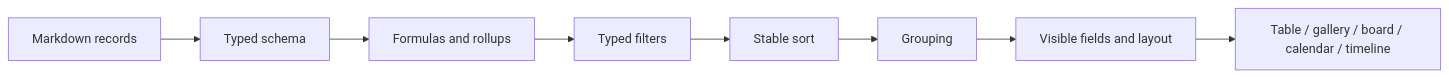
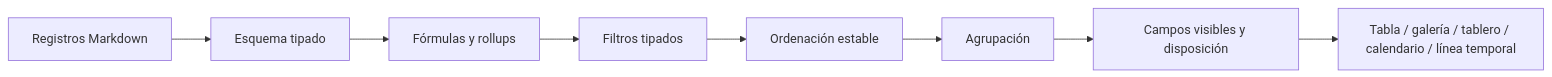
The diagram in docs/engineering-es/domains/database-views-planning.md (ismigar/Gnosi), drawn with Mermaid before and after one commit. The commit also changed 96 other files, not shown here.

````diff
--- a/docs/engineering-es/domains/database-views-planning.md
+++ b/docs/engineering-es/domains/database-views-planning.md
@@ -149,10 +149,10 @@
 ```mermaid
 flowchart LR
-    Pages["Markdown records"] --> Schema["Typed schema"]
-    Schema --> Derived["Formulas and rollups"]
-    Derived --> Filter["Typed filters"]
-    Filter --> Sort["Stable sort"]
-    Sort --> Group["Grouping"]
-    Group --> Projection["Visible fields and layout"]
-    Projection --> Table["Table / gallery / board / calendar / timeline"]
+    Pages["Registros Markdown"] --> Schema["Esquema tipado"]
+    Schema --> Derived["Fórmulas y rollups"]
+    Derived --> Filter["Filtros tipados"]
+    Filter --> Sort["Ordenación estable"]
+    Sort --> Group["Agrupación"]
+    Group --> Projection["Campos visibles y disposición"]
+    Projection --> Table["Tabla / galería / tablero / calendario / línea temporal"]
 ```
````
